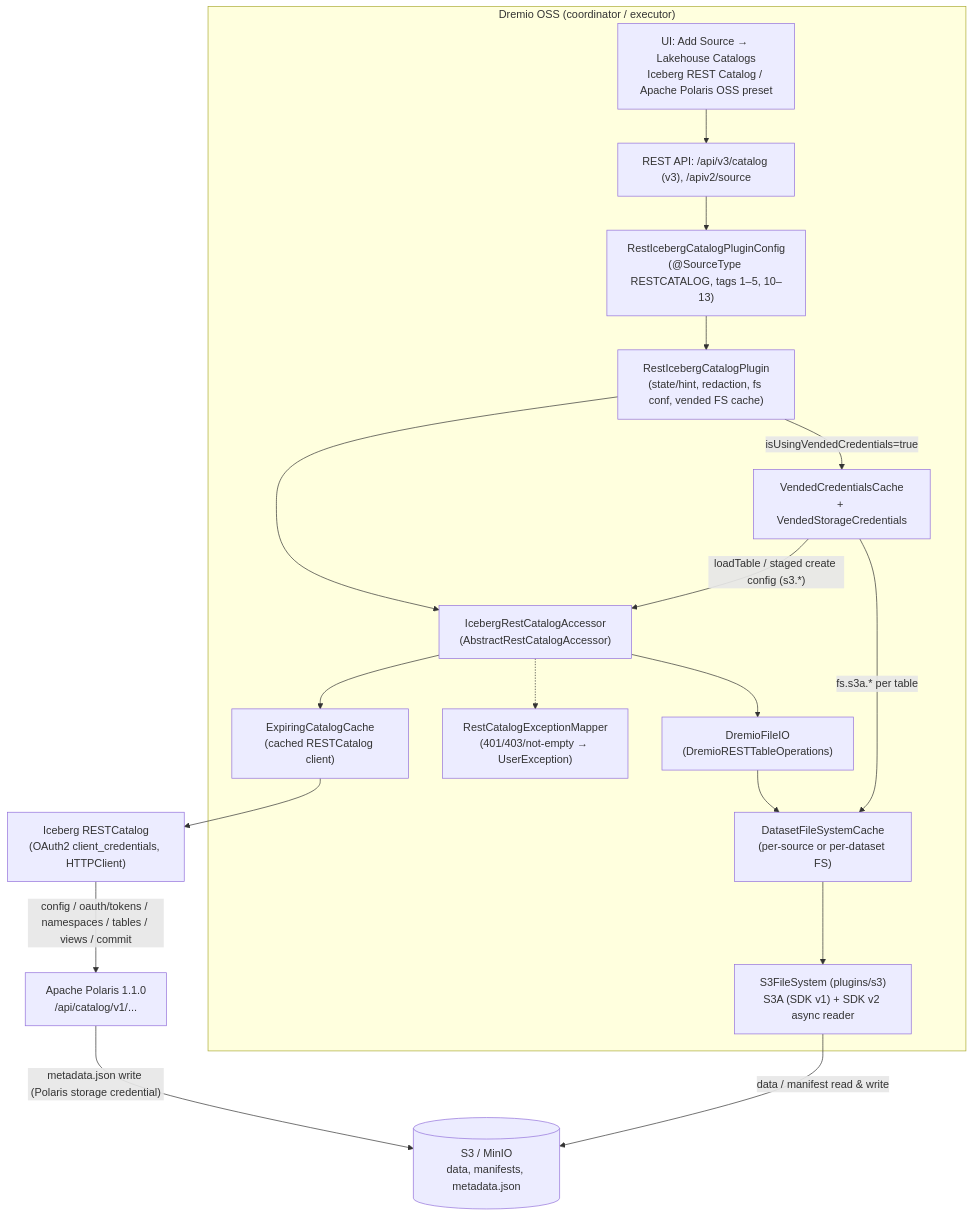
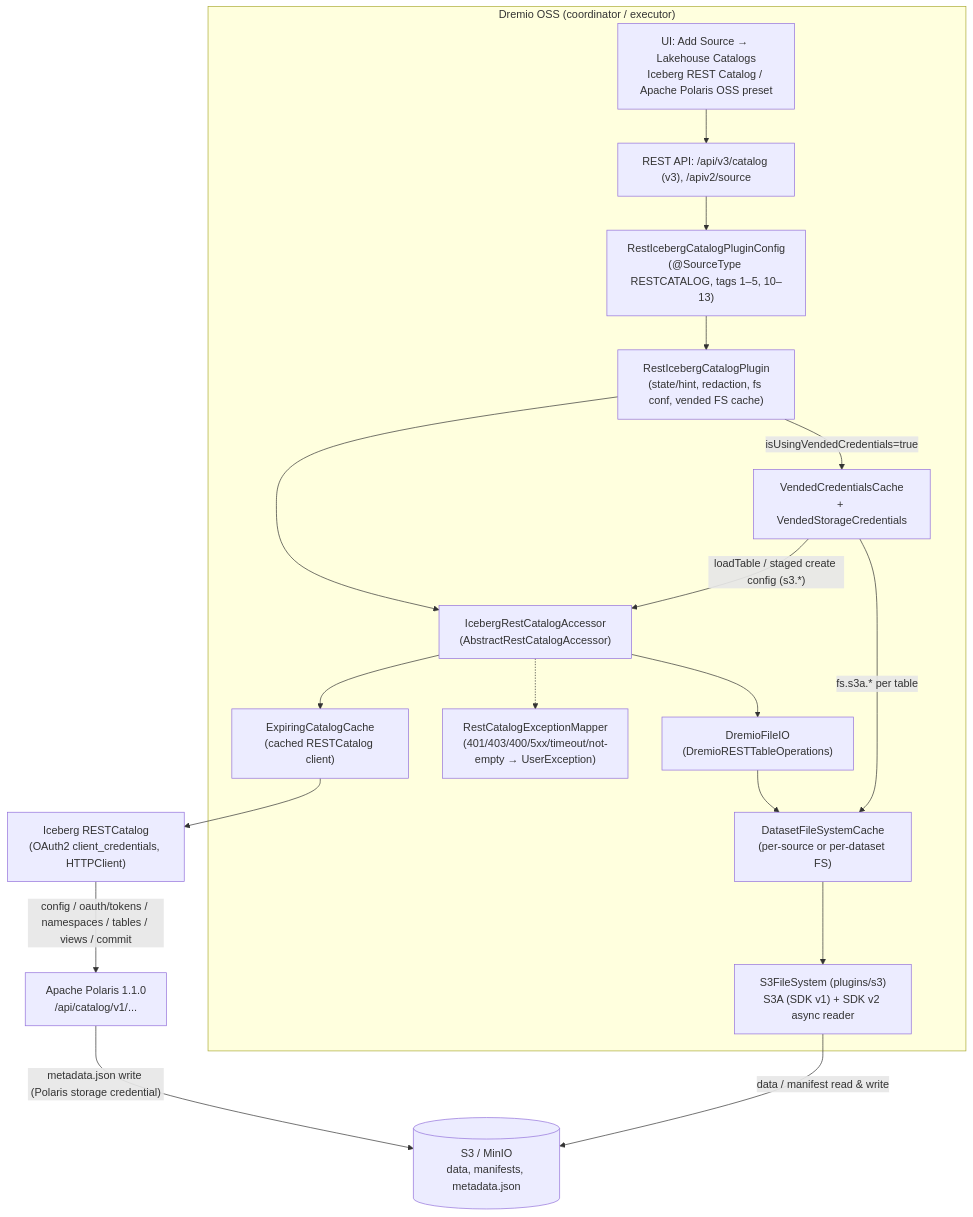
The diagram in docs/polaris/design.md (heartblast/dremio-oss), drawn with Mermaid before and after one commit. The commit also changed other lines of this file and 20 other files, not shown here.

````diff
--- a/docs/polaris/design.md
+++ b/docs/polaris/design.md
@@ -28,29 +28,29 @@
 ```mermaid
 flowchart TB
   subgraph Dremio["Dremio OSS (coordinator / executor)"]
     UI["UI: Add Source → Lakehouse Catalogs<br/>Iceberg REST Catalog / Apache Polaris OSS preset"]
     API["REST API: /api/v3/catalog (v3), /apiv2/source"]
     CONF["RestIcebergCatalogPluginConfig<br/>(@SourceType RESTCATALOG, tags 1–5, 10–13)"]
     PLUGIN["RestIcebergCatalogPlugin<br/>(state/hint, redaction, fs conf, vended FS cache)"]
     ACC["IcebergRestCatalogAccessor<br/>(AbstractRestCatalogAccessor)"]
     CACHE["ExpiringCatalogCache<br/>(cached RESTCatalog client)"]
-    MAP["RestCatalogExceptionMapper<br/>(401/403/not-empty → UserException)"]
+    MAP["RestCatalogExceptionMapper<br/>(401/403/400/5xx/timeout/not-empty → UserException)"]
     FSC["DatasetFileSystemCache<br/>(per-source or per-dataset FS)"]
     VC["VendedCredentialsCache<br/>+ VendedStorageCredentials"]
     FIO["DremioFileIO<br/>(DremioRESTTableOperations)"]
     S3FS["S3FileSystem (plugins/s3)<br/>S3A (SDK v1) + SDK v2 async reader"]
   end
   RC["Iceberg RESTCatalog<br/>(OAuth2 client_credentials, HTTPClient)"]
   POL["Apache Polaris 1.1.0<br/>/api/catalog/v1/..."]
   S3[("S3 / MinIO<br/>data, manifests, metadata.json")]
 
   UI --> API --> CONF --> PLUGIN
   PLUGIN --> ACC --> CACHE --> RC
   ACC -.-> MAP
   RC -- "config / oauth/tokens / namespaces / tables / views / commit" --> POL
   POL -- "metadata.json write (Polaris storage credential)" --> S3
   ACC --> FIO --> FSC --> S3FS -- "data / manifest read & write" --> S3
   PLUGIN -- "isUsingVendedCredentials=true" --> VC
   VC -- "loadTable / staged create config (s3.*)" --> ACC
   VC -- "fs.s3a.* per table" --> FSC
 ```
````
